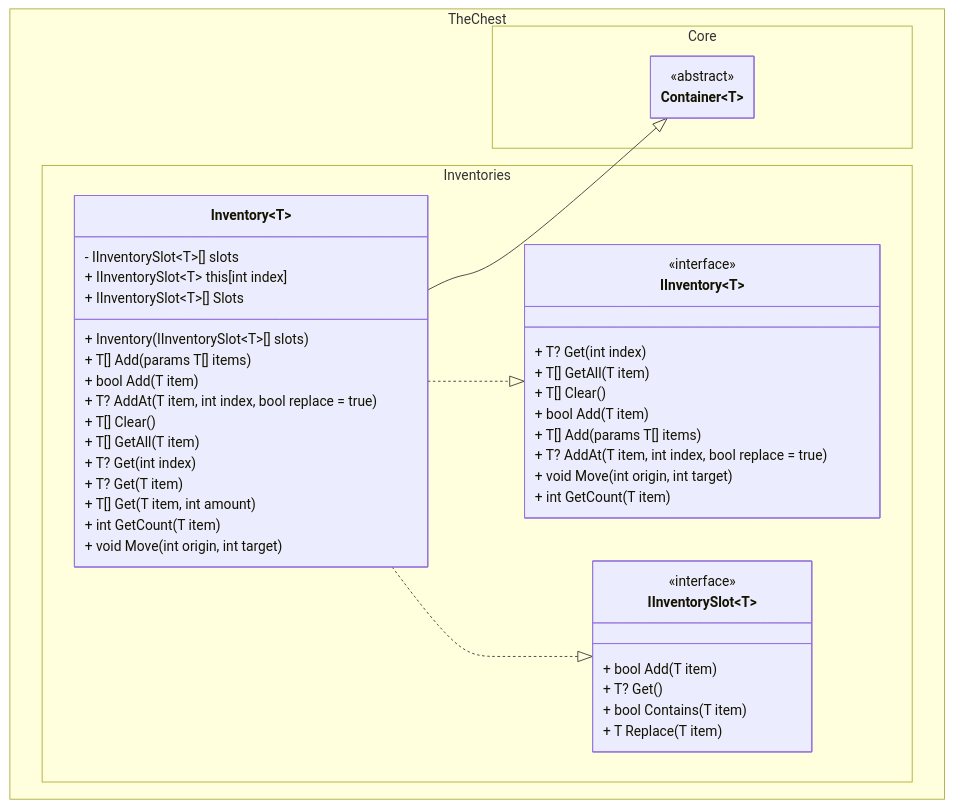
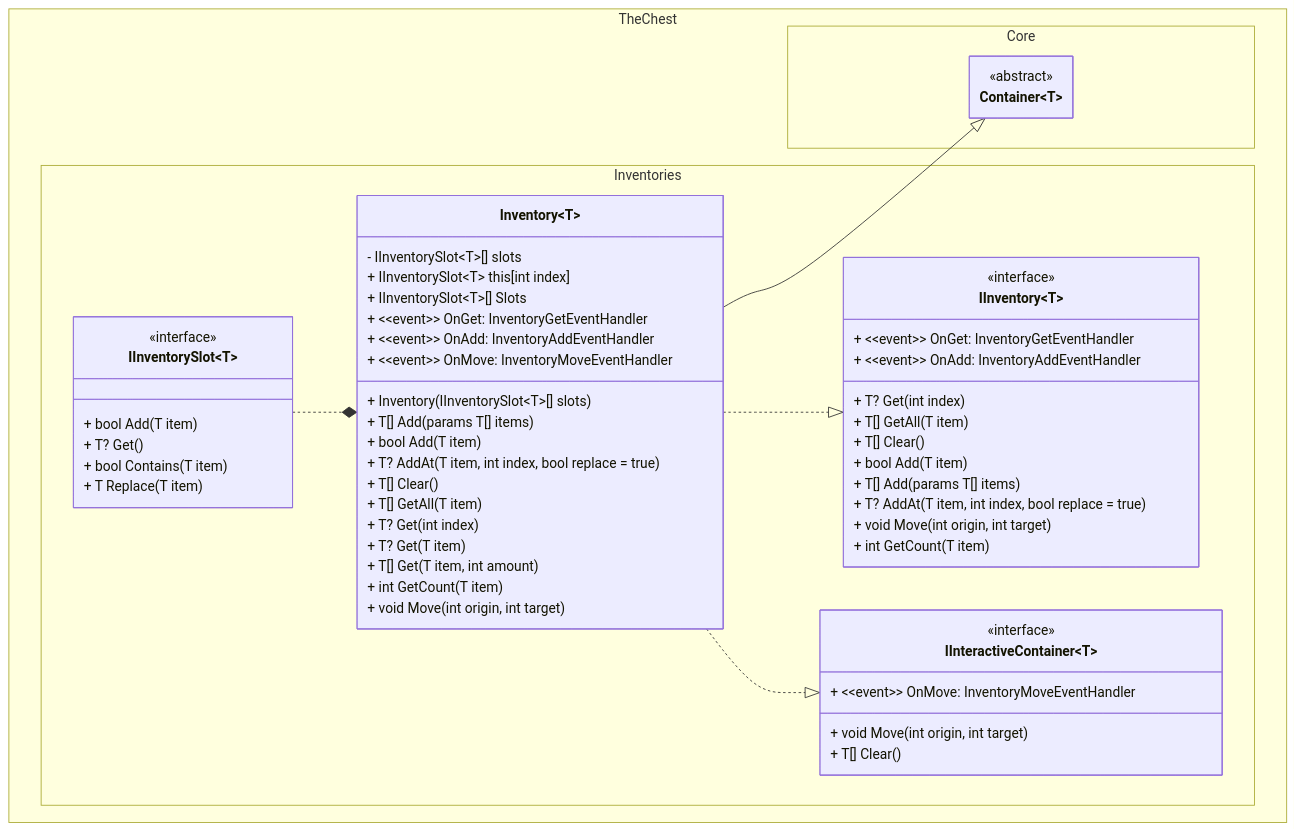
One commit to The-Chest/TheChest.Inventories changed the first of 6 diagrams in docs/class_diagram.md. Above: the diagram before and after it, drawn with Mermaid.

Commit message:
Adds Events to class diagram.md

````diff
--- a/docs/class_diagram.md
+++ b/docs/class_diagram.md
@@ -11,59 +11,69 @@
 ```mermaid
 ---
 config:
   theme: mc
   look: classic
   class:
     hideEmptyMembersBox: true
 ---
 classDiagram
 direction TB
+	namespace TheChest.Core {
+        class Container~T~ {
+        }
+	}
+	namespace TheChest.Inventories {
+        class IInventory~T~ {
+	        + ~~event~~ OnGet: InventoryGetEventHandler 
+	        + ~~event~~ OnAdd: InventoryAddEventHandler 
+            + T? Get(int index)
+	        + T[] GetAll(T item)
+	        + T[] Clear()
+	        + bool Add(T item)
+	        + T[] Add(params T[] items)
+	        + T? AddAt(T item, int index, bool replace = true)
+	        + void Move(int origin, int target)
+	        + int GetCount(T item)
+        }
+        class IInventorySlot~T~ {
+	        + bool Add(T item)
+	        + T? Get()
+	        + bool Contains(T item)
+	        + T Replace(T item)
+        }
+        class Inventory~T~ {
+	        - IInventorySlot~T~[] slots
+	        + IInventorySlot~T~ this[int index]
+	        + IInventorySlot~T~[] Slots
+	        + ~~event~~ OnGet: InventoryGetEventHandler 
+	        + ~~event~~ OnAdd: InventoryAddEventHandler 
+            + ~~event~~ OnMove: InventoryMoveEventHandler 
+	        + Inventory(IInventorySlot~T~[] slots)
+            + T[] Add(params T[] items)
+	        + bool Add(T item)
+	        + T? AddAt(T item, int index, bool replace = true)
+	        + T[] Clear()
+	        + T[] GetAll(T item)
+	        + T? Get(int index)
+	        + T? Get(T item)
+	        + T[] Get(T item, int amount)
+	        + int GetCount(T item)
+	        + void Move(int origin, int target)
+        }
+        class IInteractiveContainer~T~{
+	        + ~~event~~ OnMove: InventoryMoveEventHandler 
+            + void Move(int origin, int target)
+            + T[] Clear()
+        } 
+	}
 
-namespace TheChest.Core {
-    class Container~T~ {
-    }
-}
-<<abstract>> Container
+	<<abstract>> Container
+	<<interface>> IInventory
+	<<interface>> IInventorySlot
+	<<interface>> IInteractiveContainer
 
-namespace TheChest.Inventories {
-    class IInventory~T~ {
-        + T? Get(int index)
-        + T[] GetAll(T item)
-        + T[] Clear()
-        + bool Add(T item)
-        + T[] Add(params T[] items)
-        + T? AddAt(T item, int index, bool replace = true)
-        + void Move(int origin, int target)
-        + int GetCount(T item)
-    }
-    class IInventorySlot~T~ {
-        + bool Add(T item)
-        + T? Get()
-        + bool Contains(T item)
-        + T Replace(T item)
-    }
-    class Inventory~T~ {
-        - IInventorySlot~T~[] slots
-        + Inventory(IInventorySlot~T~[] slots)
-        + IInventorySlot~T~ this[int index]
-        + IInventorySlot~T~[] Slots
-        + T[] Add(params T[] items)
-        + bool Add(T item)
-        + T? AddAt(T item, int index, bool replace = true)
-        + T[] Clear()
-        + T[] GetAll(T item)
-        + T? Get(int index)
-        + T? Get(T item)
-        + T[] Get(T item, int amount)
-        + int GetCount(T item)
-        + void Move(int origin, int target)
-    }
-}
-
-<<interface>> IInventorySlot
-<<interface>> IInventory
-
-Inventory~T~ --|> Container~T~ 
-Inventory~T~ ..|> IInventory~T~
-Inventory~T~ ..|> IInventorySlot~T~
+    Inventory --|> Container
+    Inventory ..|> IInventory
+    Inventory ..|> IInteractiveContainer
+    IInventorySlot ..* Inventory
 ```
````
